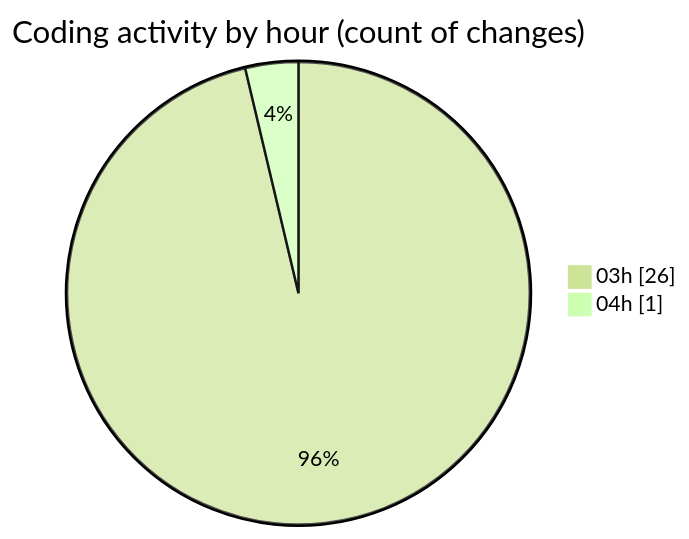
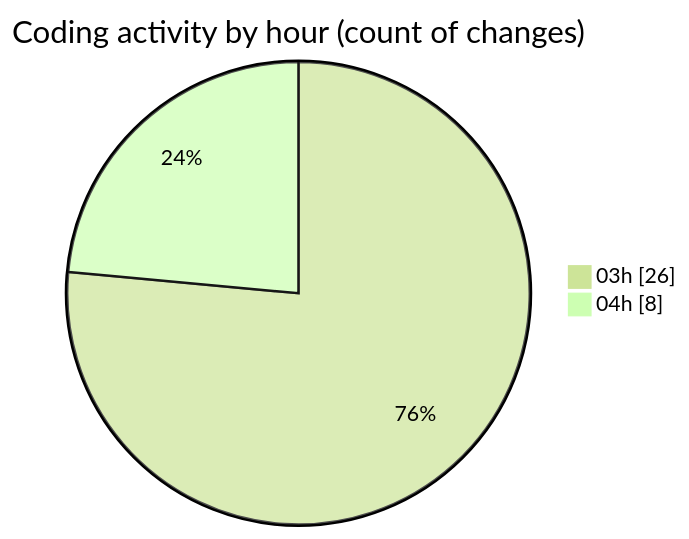
Before and after one commit to JenPaints/code-tracking: the second of 2 diagrams in 2025-06-20/modeljsondesigner/README.md, drawn with Mermaid (forest theme). The commit also changed other lines of this file and 1 other file, not shown here.

````diff
--- a/2025-06-20/modeljsondesigner/README.md
+++ b/2025-06-20/modeljsondesigner/README.md
@@ -35,6 +36,6 @@
 ```mermaid
 pie showData
 title Coding activity by hour (count of changes)
 "03h" : 26
-"04h" : 1
+"04h" : 8
 ```
````
